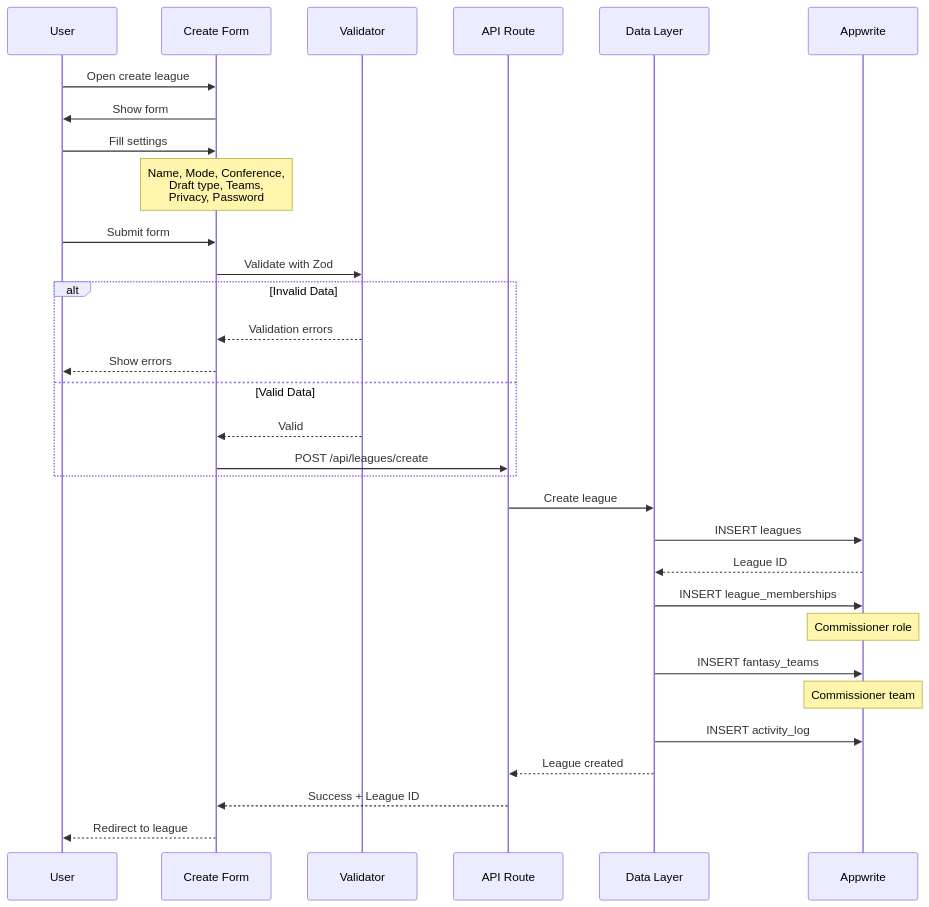
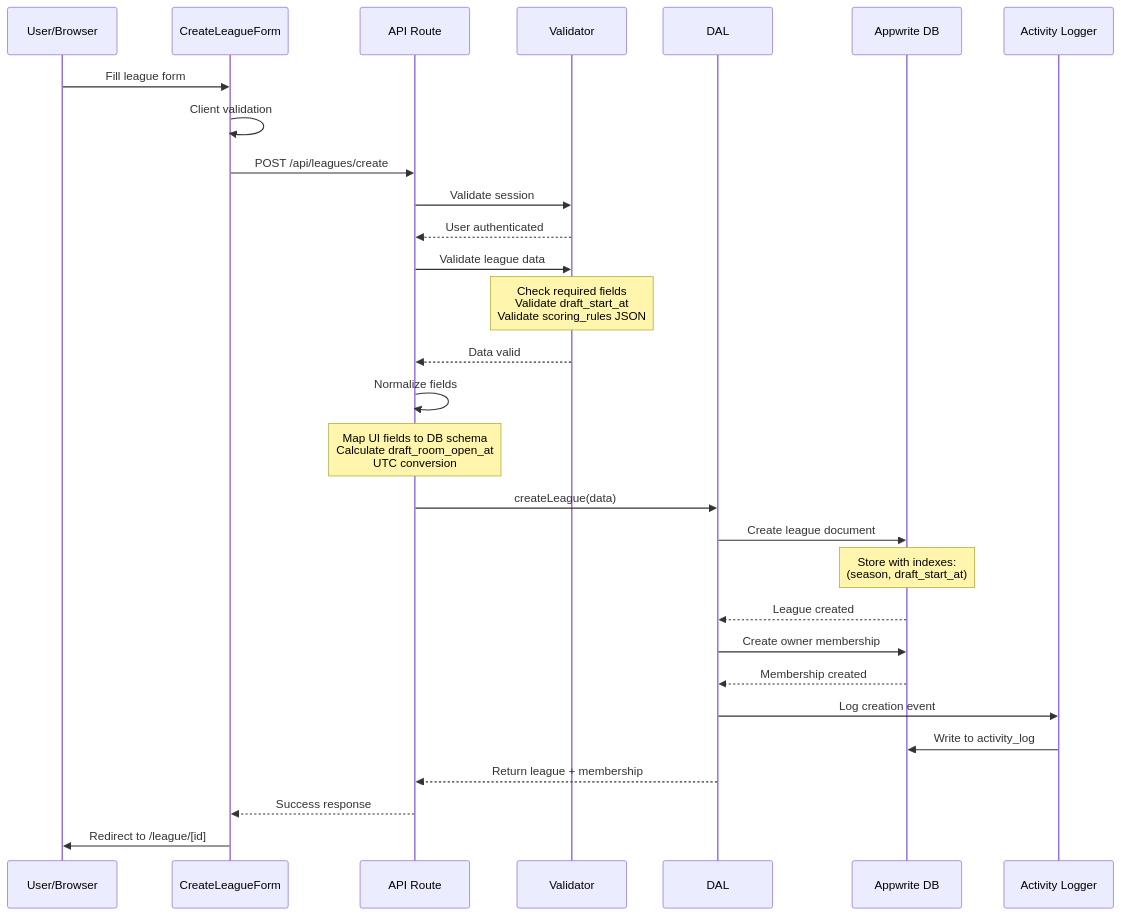
The second of 2 diagrams in docs/diagrams/functional-architecture/create-league.md (kpm34/college-football-fantasy-app), drawn with Mermaid before and after one commit. The commit also changed other lines of this file and 3 other files, not shown here.

````diff
--- a/docs/diagrams/functional-architecture/create-league.md
+++ b/docs/diagrams/functional-architecture/create-league.md
@@ -61,42 +57,39 @@
 ```mermaid
 sequenceDiagram
-  participant U as User
-  participant UI as Create Form
-  participant V as Validator
-  participant API as API Route
-  participant DAL as Data Layer
-  participant DB as Appwrite
-  
-  U->>UI: Open create league
-  UI->>U: Show form
-  
-  U->>UI: Fill settings
-  Note over UI: Name, Mode, Conference,<br/>Draft type, Teams,<br/>Privacy, Password
-  
-  U->>UI: Submit form
-  UI->>V: Validate with Zod
-  
-  alt Invalid Data
-    V-->>UI: Validation errors
-    UI-->>U: Show errors
-  else Valid Data
-    V-->>UI: Valid
-    UI->>API: POST /api/leagues/create
-  end
-  
-  API->>DAL: Create league
-  DAL->>DB: INSERT leagues
-  DB-->>DAL: League ID
-  
-  DAL->>DB: INSERT league_memberships
-  Note over DB: Commissioner role
-  
-  DAL->>DB: INSERT fantasy_teams
-  Note over DB: Commissioner team
-  
-  DAL->>DB: INSERT activity_log
-  
-  DAL-->>API: League created
-  API-->>UI: Success + League ID
-  UI-->>U: Redirect to league
+    participant U as User/Browser
+    participant C as CreateLeagueForm
+    participant A as API Route
+    participant V as Validator
+    participant D as DAL
+    participant DB as Appwrite DB
+    participant AL as Activity Logger
+    
+    U->>C: Fill league form
+    C->>C: Client validation
+    C->>A: POST /api/leagues/create
+    
+    A->>V: Validate session
+    V-->>A: User authenticated
+    
+    A->>V: Validate league data
+    Note over V: Check required fields<br/>Validate draft_start_at<br/>Validate scoring_rules JSON
+    V-->>A: Data valid
+    
+    A->>A: Normalize fields
+    Note over A: Map UI fields to DB schema<br/>Calculate draft_room_open_at<br/>UTC conversion
+    
+    A->>D: createLeague(data)
+    D->>DB: Create league document
+    Note over DB: Store with indexes:<br/>(season, draft_start_at)
+    DB-->>D: League created
+    
+    D->>DB: Create owner membership
+    DB-->>D: Membership created
+    
+    D->>AL: Log creation event
+    AL->>DB: Write to activity_log
+    
+    D-->>A: Return league + membership
+    A-->>C: Success response
+    C->>U: Redirect to /league/[id]
 ```
````
